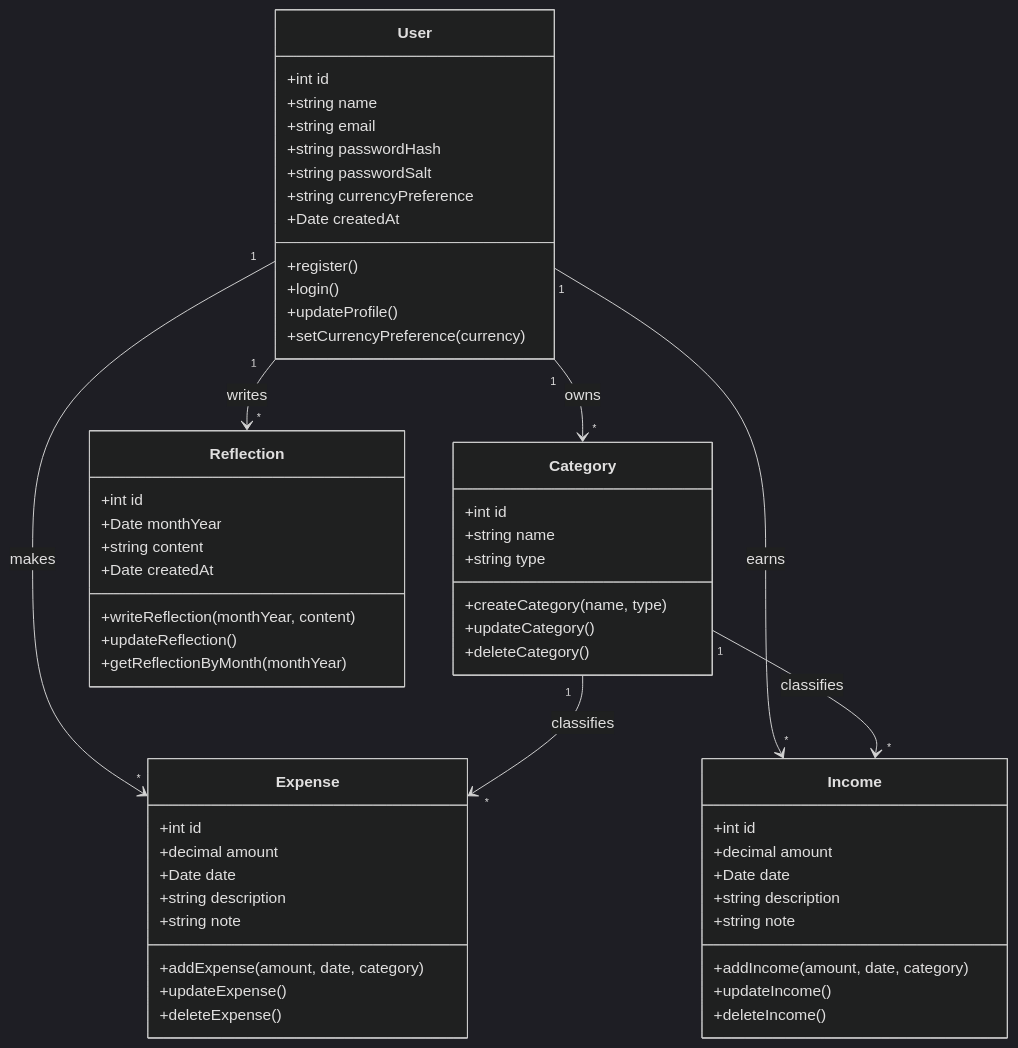
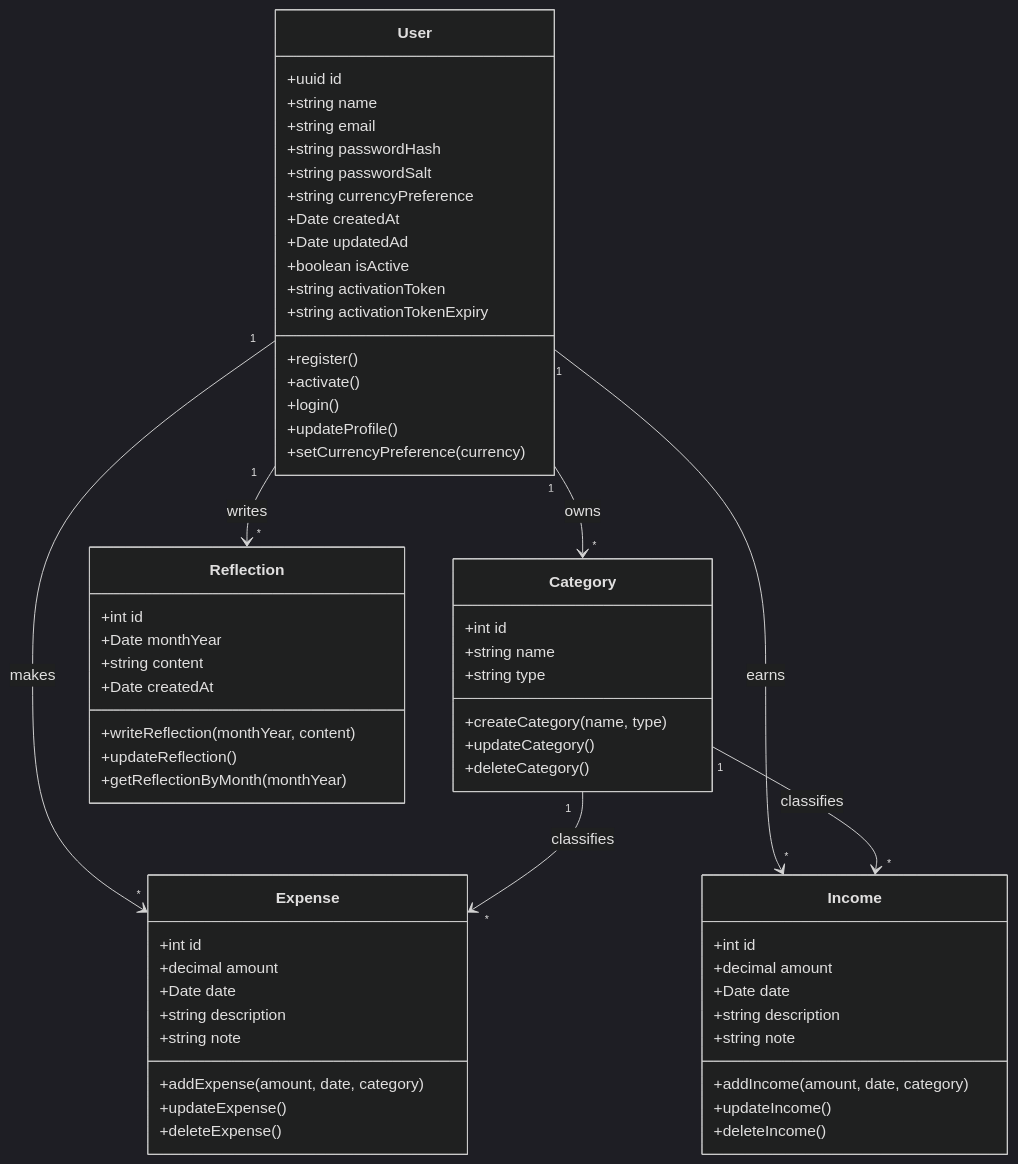
The second of 2 diagrams in README.md (IgorVenancio/My-Kakeibo), drawn with Mermaid (dark theme) before and after one commit. The commit also changed other lines of this file and 9 other files, not shown here.

Commit message:
Initial user registration. Initial email sending service. Changes in database schema.

````diff
--- a/README.md
+++ b/README.md
@@ -80,65 +84,70 @@
 ```mermaid
 classDiagram
     class User {
-        +int id
+        +uuid id
         +string name
         +string email
         +string passwordHash
         +string passwordSalt
         +string currencyPreference
         +Date createdAt
+        +Date updatedAd
+        +boolean isActive
+        +string activationToken
+        +string activationTokenExpiry
         +register()
+        +activate()
         +login()
         +updateProfile()
         +setCurrencyPreference(currency)
     }
 
     class Category {
         +int id
         +string name
         +string type
         +createCategory(name, type)
         +updateCategory()
         +deleteCategory()
     }
 
     class Expense {
         +int id
         +decimal amount
         +Date date
         +string description
         +string note
         +addExpense(amount, date, category)
         +updateExpense()
         +deleteExpense()
     }
 
     class Income {
         +int id
         +decimal amount
         +Date date
         +string description
         +string note
         +addIncome(amount, date, category)
         +updateIncome()
         +deleteIncome()
     }
 
     class Reflection {
         +int id
         +Date monthYear
         +string content
         +Date createdAt
         +writeReflection(monthYear, content)
         +updateReflection()
         +getReflectionByMonth(monthYear)
     }
 
     User "1" --> "*" Category : owns
     User "1" --> "*" Expense : makes
     User "1" --> "*" Income : earns
     User "1" --> "*" Reflection : writes
 
     Category "1" --> "*" Expense : classifies
     Category "1" --> "*" Income : classifies
 ```
````
